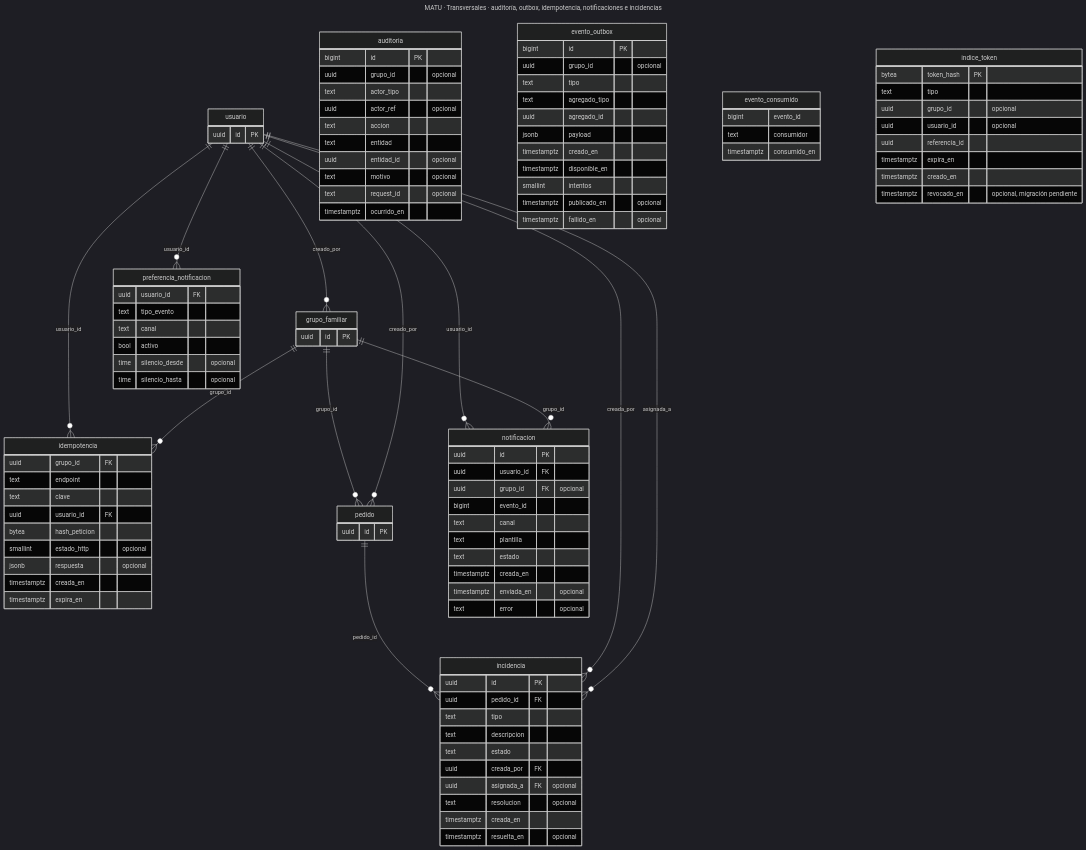
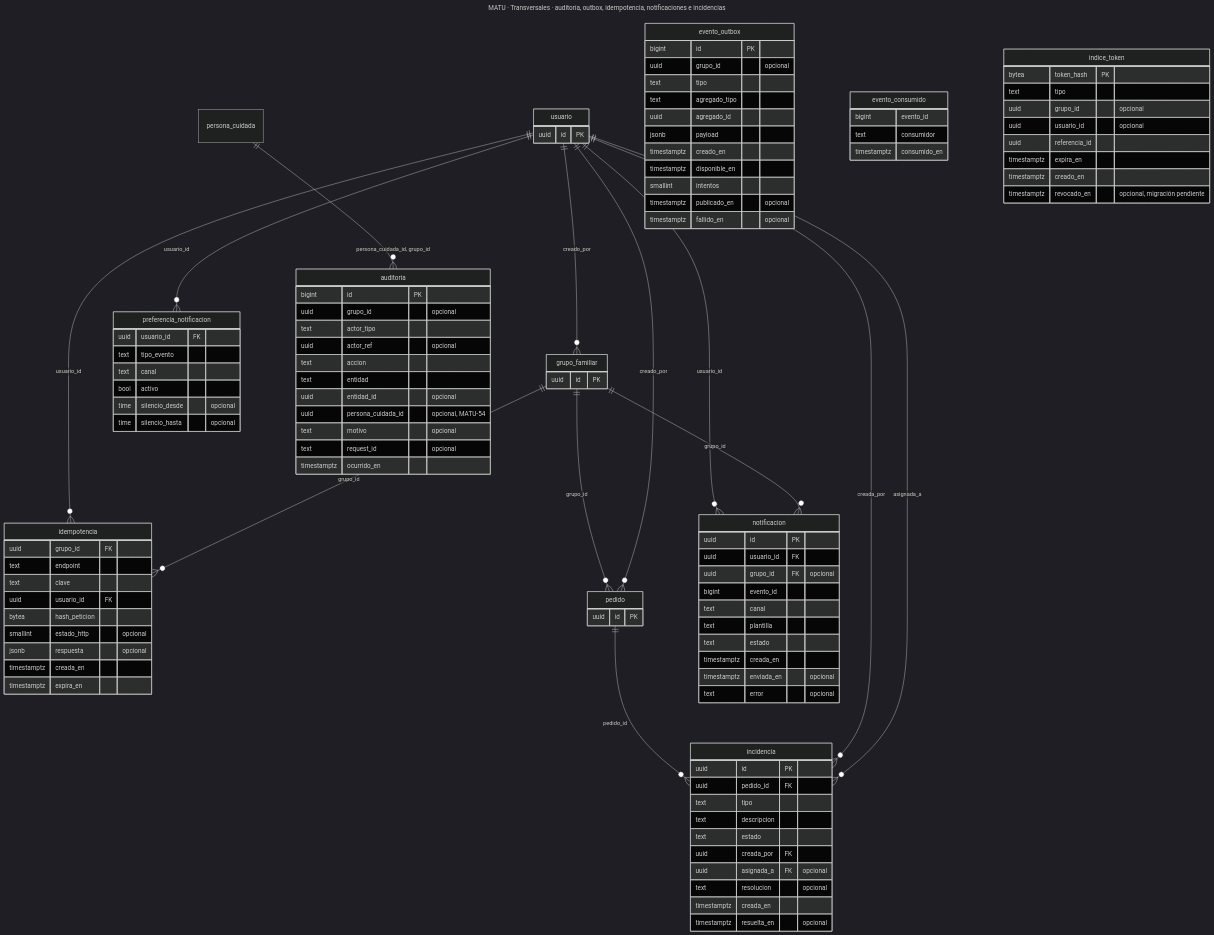
One commit to MartinHenriquez131/MATU changed the ninth of 11 diagrams in docs/modelo-datos.md. Above: the diagram before and after it, drawn with Mermaid (dark theme). The commit also changed other lines of this file, not shown here.

Commit message:
MATU-54: modelo de datos, auditoria.persona_cuidada_id, FK compuesta, CHECK e índice de la 0028

```diff
--- a/docs/modelo-datos.md
+++ b/docs/modelo-datos.md
@@ -894,6 +894,7 @@
     usuario ||--o{ pedido : "creado_por"
     grupo_familiar ||--o{ pedido : "grupo_id"
     usuario ||--o{ preferencia_notificacion : "usuario_id"
+    persona_cuidada ||--o{ auditoria : "persona_cuidada_id, grupo_id"
     auditoria {
         bigint id PK
         uuid grupo_id "opcional"
@@ -902,6 +903,7 @@
         text accion
         text entidad
         uuid entidad_id "opcional"
+        uuid persona_cuidada_id "opcional, MATU-54"
         text motivo "opcional"
         text request_id "opcional"
         timestamptz ocurrido_en
```
